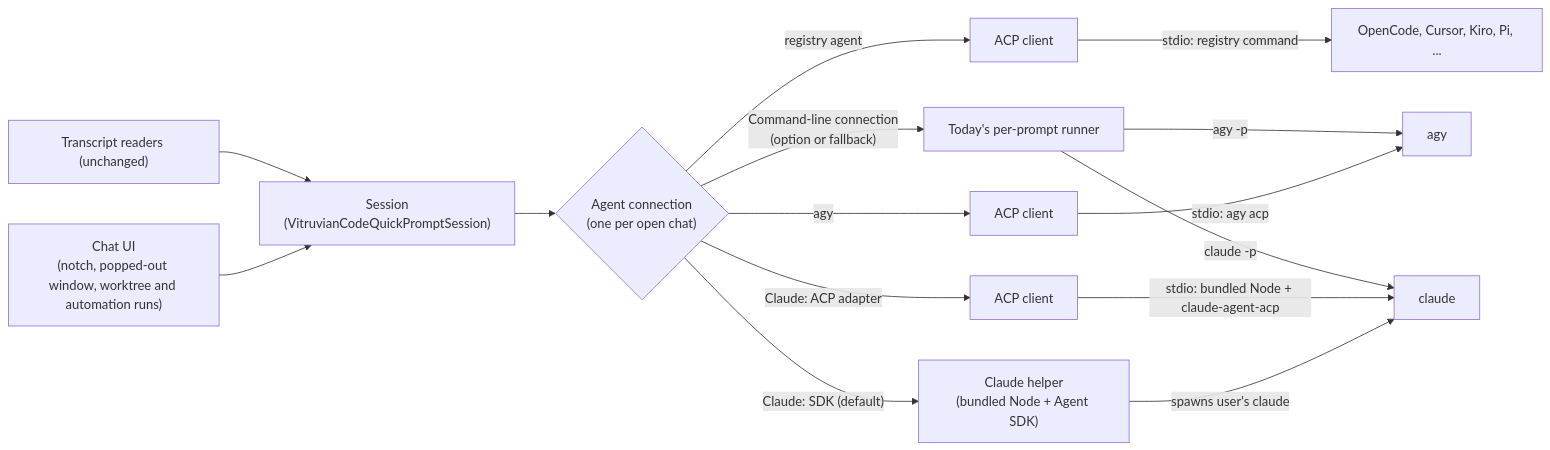
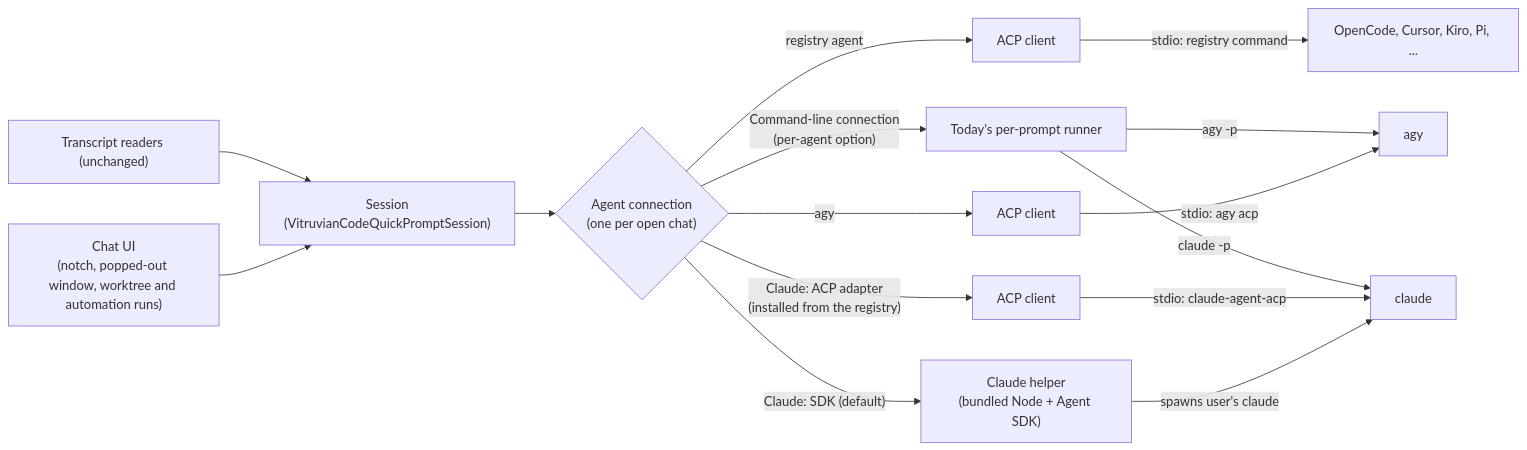
The diagram in apps/desktop/vitruvian-code/docs/designs/vitruvian-code-acp.md (VitruvianSoftware/vitruvian-core), drawn with Mermaid before and after one commit. The commit also changed other lines of this file, not shown here.

````diff
--- a/apps/desktop/vitruvian-code/docs/designs/vitruvian-code-acp.md
+++ b/apps/desktop/vitruvian-code/docs/designs/vitruvian-code-acp.md
@@ -230,13 +234,13 @@
 ```mermaid
 flowchart LR
     UI["Chat UI<br>(notch, popped-out window, worktree and automation runs)"] --> S["Session<br>(VitruvianCodeQuickPromptSession)"]
     S --> C{"Agent connection<br>(one per open chat)"}
     C -->|agy| A["ACP client"] -->|"stdio: agy acp"| AGY["agy"]
     C -->|registry agent| A2["ACP client"] -->|"stdio: registry command"| REG["OpenCode, Cursor, Kiro, Pi, ..."]
     C -->|"Claude: SDK (default)"| H["Claude helper<br>(bundled Node + Agent SDK)"] -->|"spawns user's claude"| CL["claude"]
-    C -->|"Claude: ACP adapter"| A3["ACP client"] -->|"stdio: bundled Node + claude-agent-acp"| CL
-    C -->|"Command-line connection<br>(option or fallback)"| L["Today's per-prompt runner"]
+    C -->|"Claude: ACP adapter<br>(installed from the registry)"| A3["ACP client"] -->|"stdio: claude-agent-acp"| CL
+    C -->|"Command-line connection<br>(per-agent option)"| L["Today's per-prompt runner"]
     L -->|"claude -p"| CL
     L -->|"agy -p"| AGY
     T["Transcript readers (unchanged)"] --> S
 ```
````
